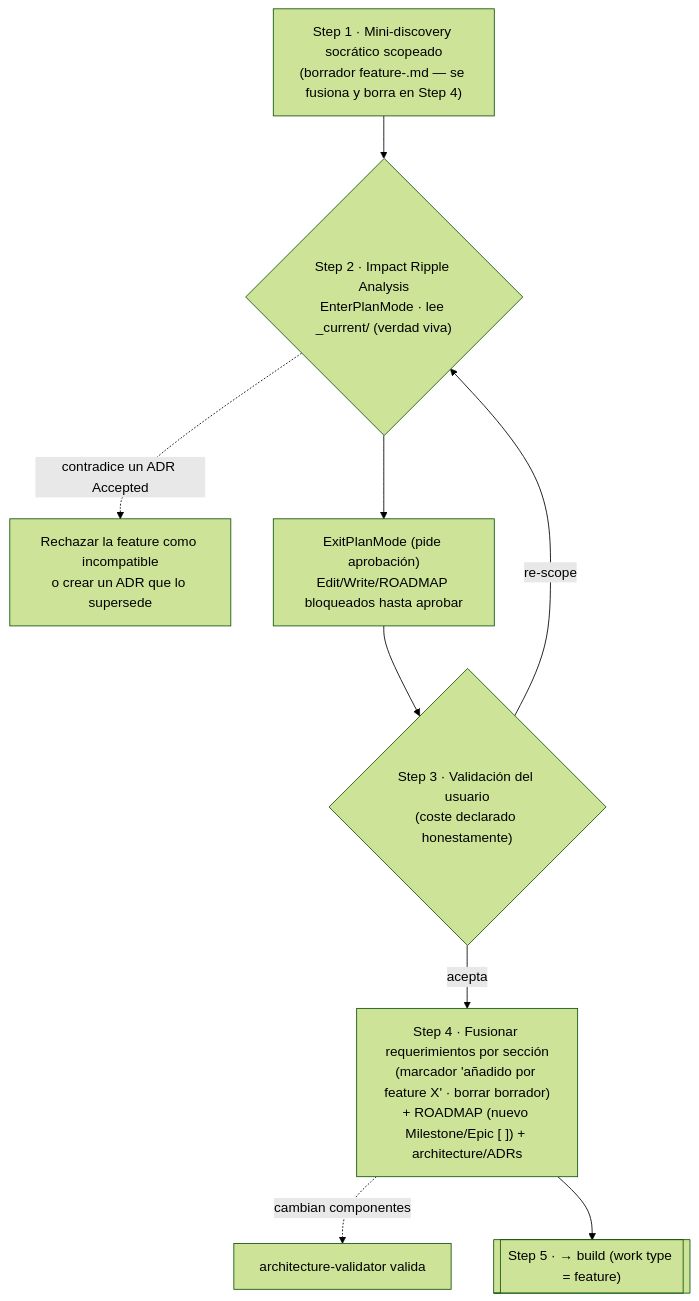
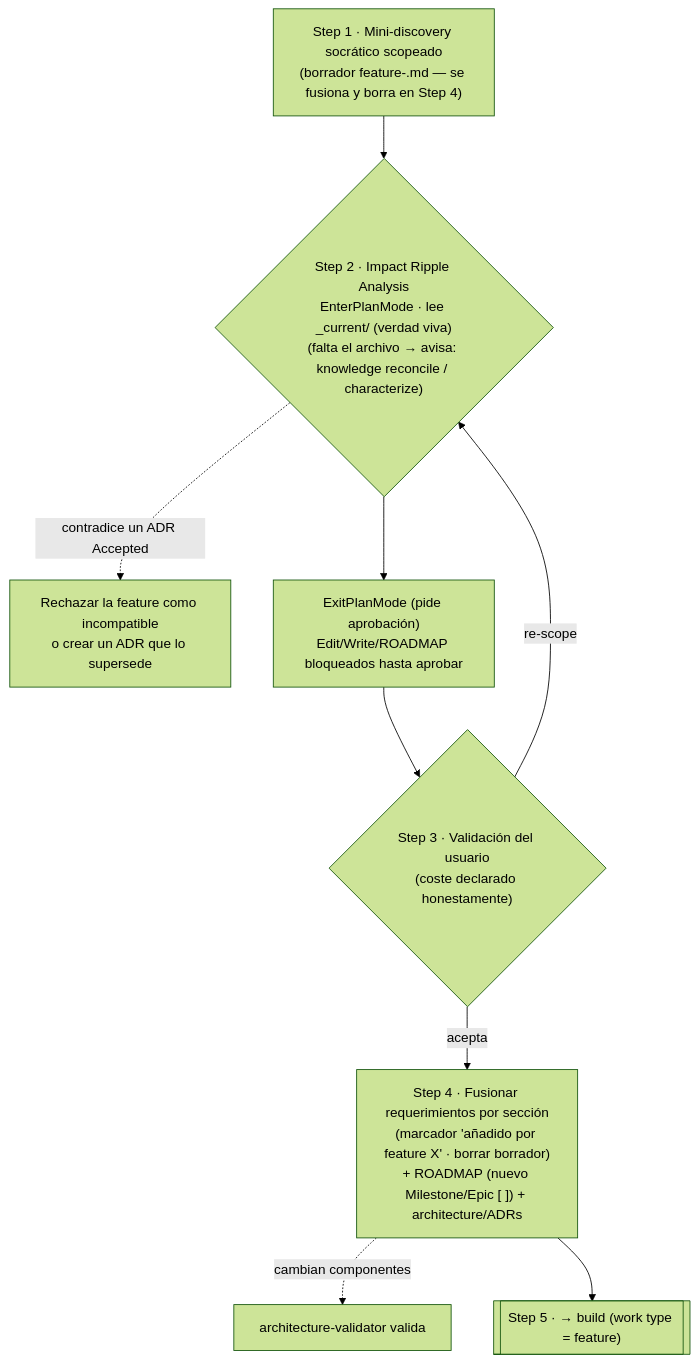
Before and after one commit to FerEscobarDev/Specture: diagram 13 of 19 in docs/execution-flows.md, drawn with Mermaid (forest theme). The commit also changed other lines of this file and 23 other files, not shown here.

````diff
--- a/docs/execution-flows.md
+++ b/docs/execution-flows.md
@@ -398,11 +398,11 @@
 ```mermaid
 flowchart TD
-    S1["Step 1 · Mini-discovery socrático scopeado<br/>(borrador feature-<slug>.md — se fusiona y borra en Step 4)"] --> S2{"Step 2 · Impact Ripple Analysis<br/>EnterPlanMode · lee _current/ (verdad viva)"}
+    S1["Step 1 · Mini-discovery socrático scopeado<br/>(borrador feature-<slug>.md — se fusiona y borra en Step 4)"] --> S2{"Step 2 · Impact Ripple Analysis<br/>EnterPlanMode · lee _current/ (verdad viva)<br/>(falta el archivo → avisa: knowledge reconcile / characterize)"}
     S2 -.->|"contradice un ADR Accepted"| ADR["Rechazar la feature como incompatible<br/>o crear un ADR que lo supersede"]
     S2 --> EX["ExitPlanMode (pide aprobación)<br/>Edit/Write/ROADMAP bloqueados hasta aprobar"]
     EX --> S3{"Step 3 · Validación del usuario<br/>(coste declarado honestamente)"}
     S3 -->|"re-scope"| S2
     S3 -->|"acepta"| S4["Step 4 · Fusionar requerimientos por sección<br/>(marcador 'añadido por feature X' · borrar borrador)<br/>+ ROADMAP (nuevo Milestone/Epic [ ]) + architecture/ADRs"]
     S4 -.->|"cambian componentes"| AV["architecture-validator valida"]
     S4 --> S5[["Step 5 · → build (work type = feature)"]]
 ```
````
